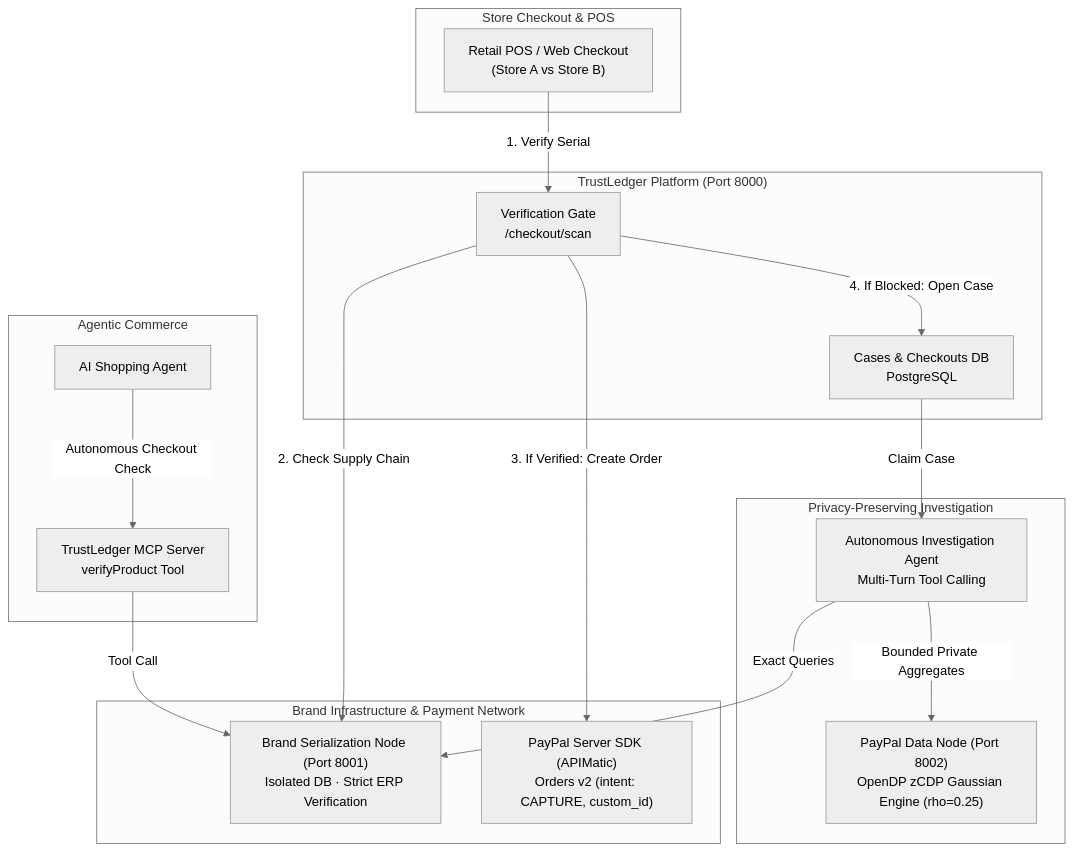
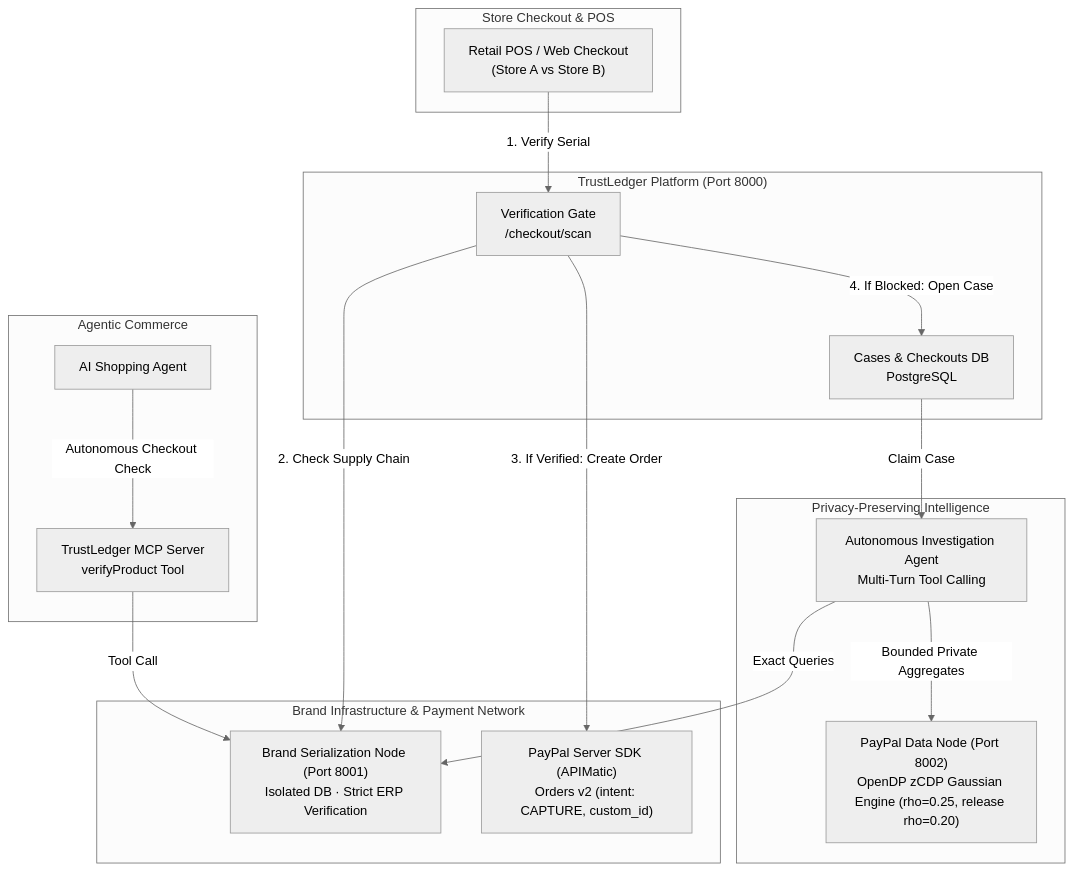
Before and after one commit to ParthSinha9498/trustledger: the diagram in README.md, drawn with Mermaid (neutral theme). The commit also changed other lines of this file, not shown here.

````diff
--- a/README.md
+++ b/README.md
@@ -67,38 +67,38 @@
 ```mermaid
 flowchart TD
     subgraph POS["Store Checkout & POS"]
         Store["Retail POS / Web Checkout<br/>(Store A vs Store B)"]
     end
 
     subgraph Platform["TrustLedger Platform (Port 8000)"]
         Gate["Verification Gate<br/>/checkout/scan"]
         CaseDB["Cases & Checkouts DB<br/>PostgreSQL"]
     end
 
     subgraph External["Brand Infrastructure & Payment Network"]
         BrandNode["Brand Serialization Node (Port 8001)<br/>Isolated DB · Strict ERP Verification"]
         PayPalSDK["PayPal Server SDK (APIMatic)<br/>Orders v2 (intent: CAPTURE, custom_id)"]
     end
 
-    subgraph Intelligence["Privacy-Preserving Investigation"]
+    subgraph Intelligence["Privacy-Preserving Intelligence"]
         Worker["Autonomous Investigation Agent<br/>Multi-Turn Tool Calling"]
-        DPNode["PayPal Data Node (Port 8002)<br/>OpenDP zCDP Gaussian Engine (rho=0.25)"]
+        DPNode["PayPal Data Node (Port 8002)<br/>OpenDP zCDP Gaussian Engine (rho=0.25, release rho=0.20)"]
     end
 
     subgraph Agentic["Agentic Commerce"]
         Agent["AI Shopping Agent"]
         MCPServer["TrustLedger MCP Server<br/>verifyProduct Tool"]
     end
 
     Store -->|1. Verify Serial| Gate
     Gate -->|2. Check Supply Chain| BrandNode
     Gate -->|3. If Verified: Create Order| PayPalSDK
     Gate -->|4. If Blocked: Open Case| CaseDB
 
     CaseDB -->|Claim Case| Worker
     Worker -->|Exact Queries| BrandNode
     Worker -->|Bounded Private Aggregates| DPNode
 
     Agent -->|Autonomous Checkout Check| MCPServer
     MCPServer -->|Tool Call| BrandNode
 ```
````
